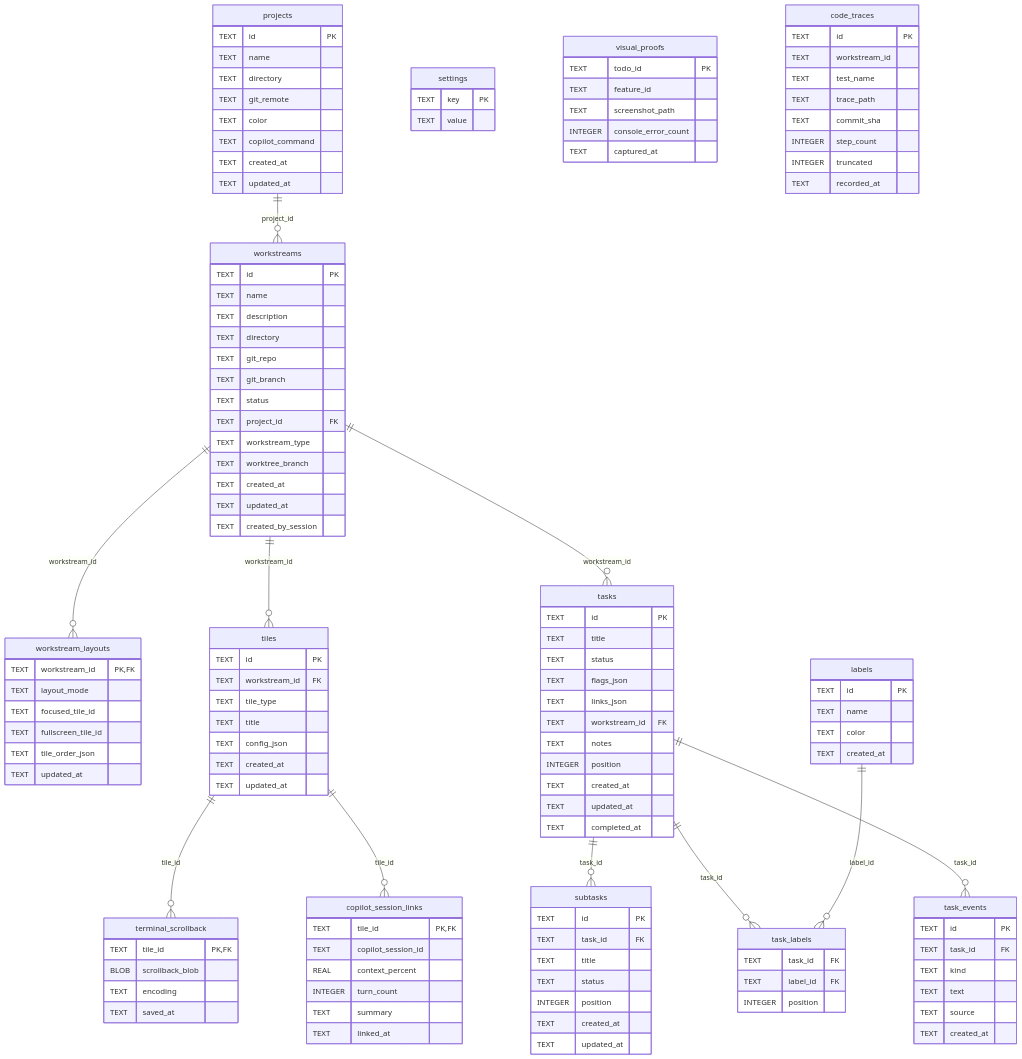
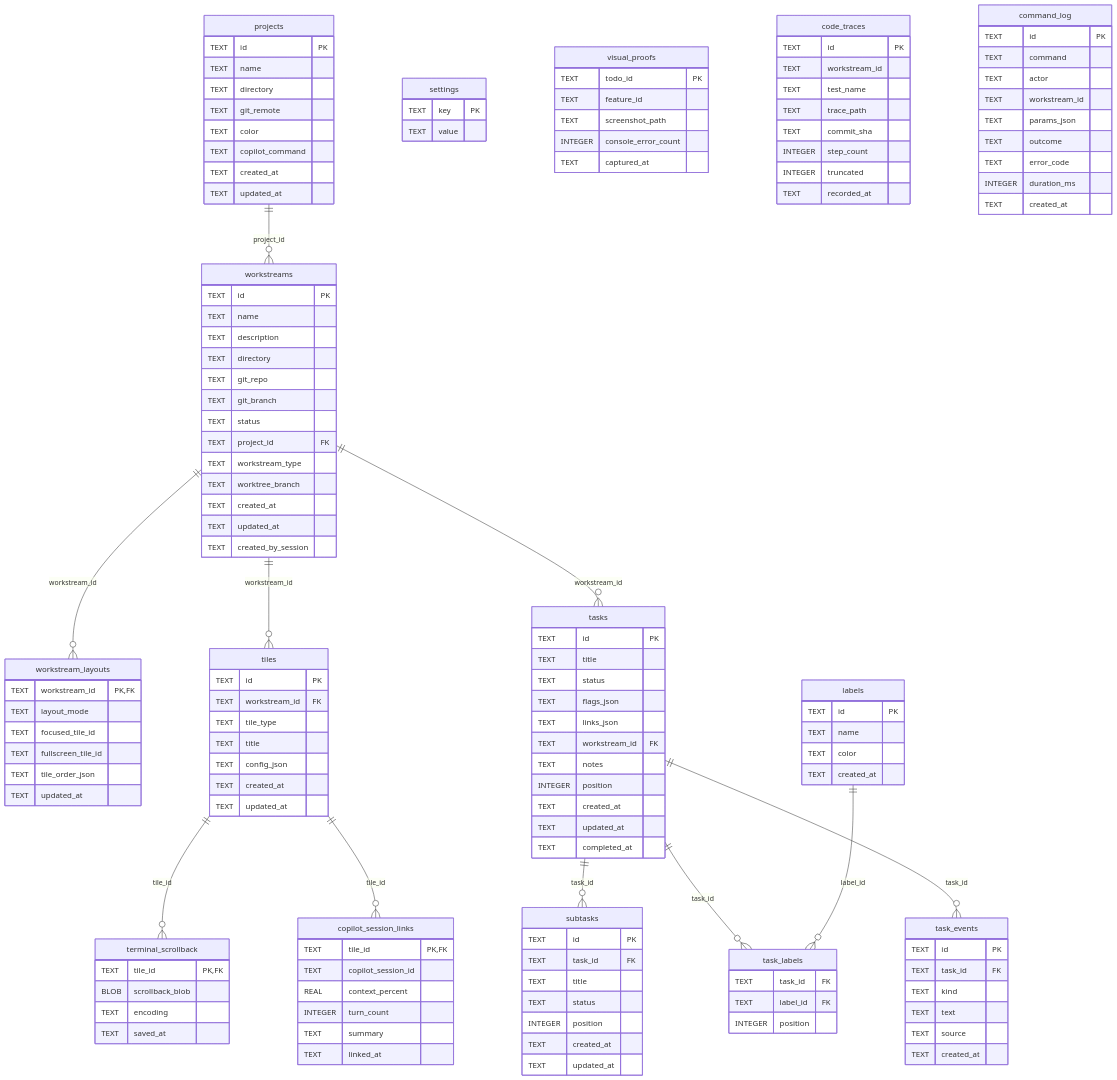
The diagram in docs/db-model.md (alejandroechev/workstreams), drawn with Mermaid before and after one commit. The commit also changed other lines of this file and 5 other files, not shown here.

````diff
--- a/docs/db-model.md
+++ b/docs/db-model.md
@@ -145,4 +145,15 @@
     TEXT source
     TEXT created_at
   }
+  command_log {
+    TEXT id PK
+    TEXT command
+    TEXT actor
+    TEXT workstream_id
+    TEXT params_json
+    TEXT outcome
+    TEXT error_code
+    INTEGER duration_ms
+    TEXT created_at
+  }
 ```
````
